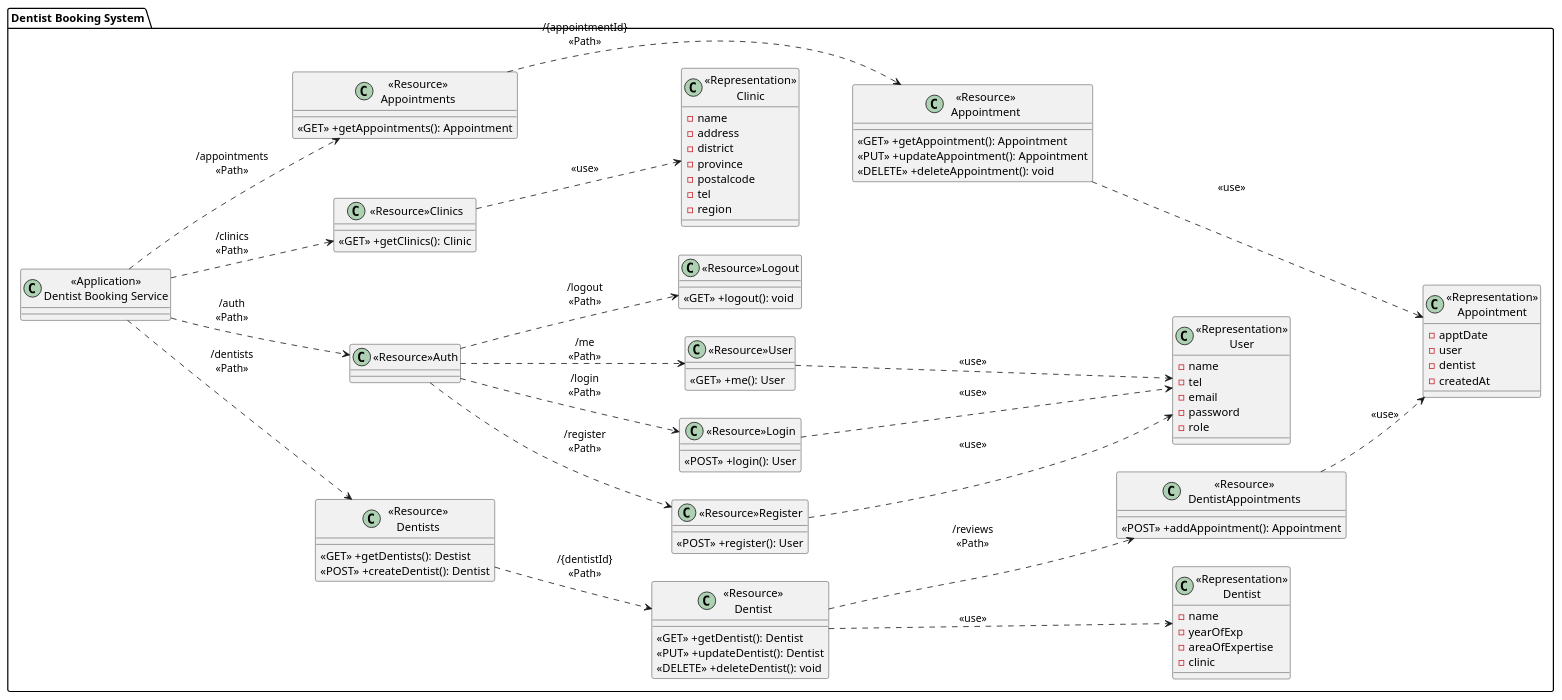
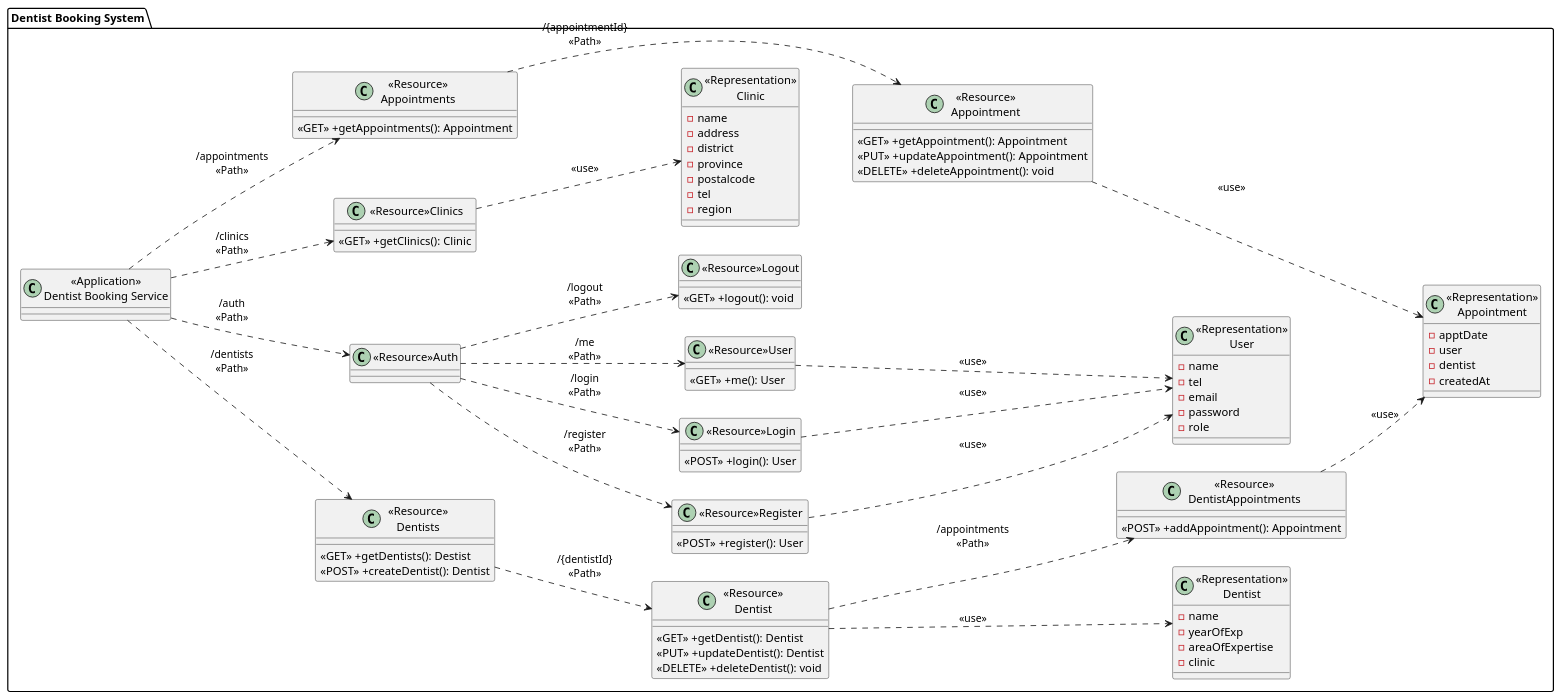
One commit to KoalaMuch/DentistBooking changed the diagram in doc/classDiagram/ClassDiagram.puml. Above: the diagram before and after it, drawn with PlantUML. The commit also changed 1 other file, not shown here.

```diff
--- a/doc/classDiagram/ClassDiagram.puml
+++ b/doc/classDiagram/ClassDiagram.puml
@@ -1,105 +1,105 @@
 @startuml
 left to right direction
 package "Dentist Booking System"{
     class "<<Application>>\nDentist Booking Service" as DentistBookingService{}
 
 ' dentists
     class "<<Resource>>\nDentists" as ResourceDentists{
         <<GET>> +getDentists(): Destist
         <<POST>> +createDentist(): Dentist
     }
 
     class "<<Resource>>\nDentist" as ResourceDentist {
         <<GET>> +getDentist(): Dentist
         <<PUT>> +updateDentist(): Dentist
         <<DELETE>> +deleteDentist(): void
     }
 
     class "<<Representation>>\nDentist" as RepresentationDentist {
         -name
         -yearOfExp
         -areaOfExpertise
         -clinic
     }
 
     ' auth
     class "<<Resource>>Auth" as ResourceAuth{
         
     }
     class "<<Resource>>Register" as ResourceUserRegister{
         <<POST>> +register(): User
     }
     class "<<Resource>>Login" as ResourceUserLogin{
         <<POST>> +login(): User
     }
     class "<<Resource>>User" as ResourceUser{
         <<GET>> +me(): User
     }
     class "<<Resource>>Logout" as ResourceUserLogout{
         <<GET>> +logout(): void
     }
     class "<<Representation>>\nUser" as RepresentationUser {
         -name
         -tel
         -email
         -password
         -role
     }
 
     ' clinic
     class "<<Resource>>Clinics" as ResourceClinics{
         <<GET>> +getClinics(): Clinic
     } 
     class "<<Representation>>\nClinic" as RepresentationClinic {
         -name
         -address
         -district
         -province
         -postalcode
         -tel
         -region
     }
 
     ' appointment
     class "<<Resource>>\nAppointments" as ResourceAppointments{
         <<GET>> +getAppointments(): Appointment
     }
     class "<<Resource>>\nAppointment" as ResourceAppointment{
         <<GET>> +getAppointment(): Appointment
         <<PUT>> +updateAppointment(): Appointment
         <<DELETE>> +deleteAppointment(): void
     }
      class "<<Resource>>\nDentistAppointments" as ResourceDentistAppointments{
         <<POST>> +addAppointment(): Appointment
     } 
     class "<<Representation>>\nAppointment" as RepresentationAppointment {
         -apptDate
         -user
         -dentist
         -createdAt
     }
 
 }
 
 DentistBookingService ..> ResourceDentists:"/dentists\n<<Path>>"
 ResourceDentists ..> ResourceDentist: "/{dentistId}\n<<Path>>"
 ResourceDentist ..> RepresentationDentist: "<<use>>"
-ResourceDentist ..> ResourceDentistAppointments:"/reviews\n<<Path>>"
+ResourceDentist ..> ResourceDentistAppointments:"/appointments\n<<Path>>"
 ResourceDentistAppointments..>RepresentationAppointment:"<<use>>"
 
 DentistBookingService..>ResourceAuth:"/auth\n<<Path>>"
 ResourceAuth..> ResourceUserRegister: "/register\n<<Path>>"
 ResourceUserRegister ..>RepresentationUser: "<<use>>"
 ResourceAuth ..> ResourceUserLogin: "/login\n<<Path>>"
 ResourceUserLogin ..>RepresentationUser: "<<use>>"
 ResourceAuth ..> ResourceUser: "/me\n<<Path>>"
 ResourceUser ..>RepresentationUser: "<<use>>"
 ResourceAuth ..> ResourceUserLogout: "/logout\n<<Path>>"
 
 DentistBookingService ..> ResourceClinics:"/clinics\n<<Path>>"
 ResourceClinics ..> RepresentationClinic:"<<use>>"
 
 DentistBookingService ..> ResourceAppointments:"/appointments\n<<Path>>"
 ResourceAppointments ..> ResourceAppointment: "/{appointmentId}\n<<Path>>"
 ResourceAppointment ..> RepresentationAppointment: "<<use>>"
 @enduml
```
